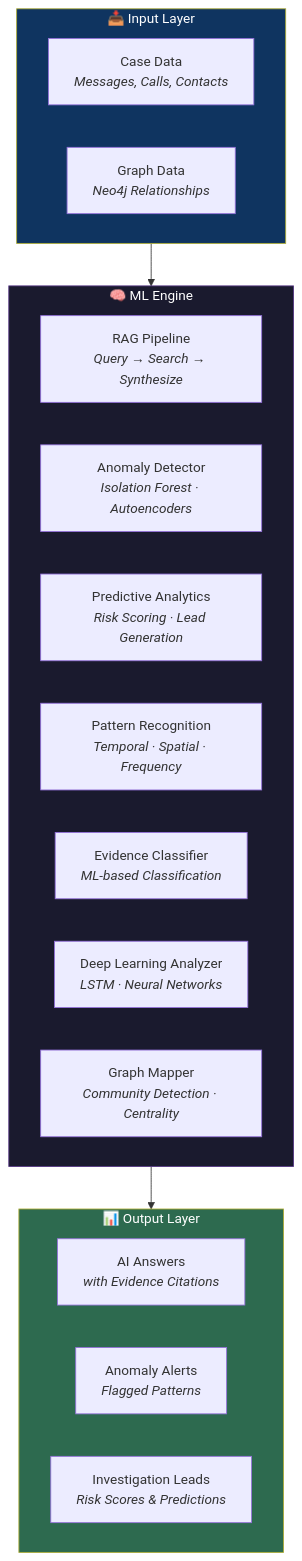
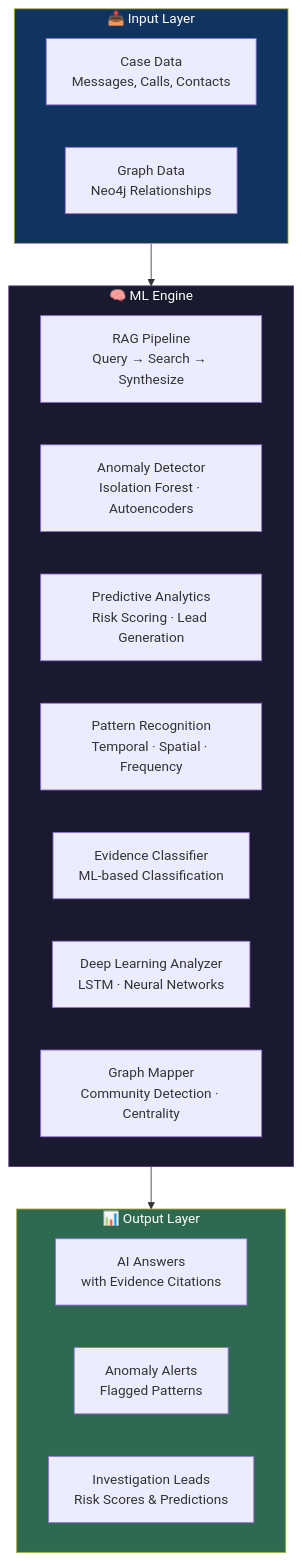
The sixth of 7 diagrams in README.md (beingbrijesh/CopSight), drawn with Mermaid before and after one commit. The commit also changed other lines of this file and 4 other files, not shown here.

Commit message:
docs: Fix Mermaid diagram text cropping and add professional Contributors section

````diff
--- a/README.md
+++ b/README.md
@@ -277,30 +277,30 @@
 ```mermaid
 graph TB
     subgraph Input["📥 Input Layer"]
-        CaseData["Case Data<br/><i>Messages, Calls, Contacts</i>"]
-        GraphData["Graph Data<br/><i>Neo4j Relationships</i>"]
+        CaseData["Case Data<br/>Messages, Calls, Contacts"]
+        GraphData["Graph Data<br/>Neo4j Relationships"]
     end
 
     subgraph MLEngine["🧠 ML Engine"]
-        RAG["RAG Pipeline<br/><i>Query → Search → Synthesize</i>"]
-        Anomaly["Anomaly Detector<br/><i>Isolation Forest · Autoencoders</i>"]
-        Predictive["Predictive Analytics<br/><i>Risk Scoring · Lead Generation</i>"]
-        Pattern["Pattern Recognition<br/><i>Temporal · Spatial · Frequency</i>"]
-        Evidence["Evidence Classifier<br/><i>ML-based Classification</i>"]
-        DeepLearn["Deep Learning Analyzer<br/><i>LSTM · Neural Networks</i>"]
-        GraphMap["Graph Mapper<br/><i>Community Detection · Centrality</i>"]
+        RAG["RAG Pipeline<br/>Query → Search → Synthesize"]
+        Anomaly["Anomaly Detector<br/>Isolation Forest · Autoencoders"]
+        Predictive["Predictive Analytics<br/>Risk Scoring · Lead Generation"]
+        Pattern["Pattern Recognition<br/>Temporal · Spatial · Frequency"]
+        Evidence["Evidence Classifier<br/>ML-based Classification"]
+        DeepLearn["Deep Learning Analyzer<br/>LSTM · Neural Networks"]
+        GraphMap["Graph Mapper<br/>Community Detection · Centrality"]
     end
 
     subgraph Output["📊 Output Layer"]
-        Answers["AI Answers<br/><i>with Evidence Citations</i>"]
-        Alerts["Anomaly Alerts<br/><i>Flagged Patterns</i>"]
-        Leads["Investigation Leads<br/><i>Risk Scores & Predictions</i>"]
+        Answers["AI Answers<br/>with Evidence Citations"]
+        Alerts["Anomaly Alerts<br/>Flagged Patterns"]
+        Leads["Investigation Leads<br/>Risk Scores & Predictions"]
     end
 
     Input --> MLEngine
     MLEngine --> Output
 
     style Input fill:#0f3460,color:#fff
     style MLEngine fill:#1a1a2e,stroke:#533483,color:#fff
     style Output fill:#2d6a4f,color:#fff
 ```
````
